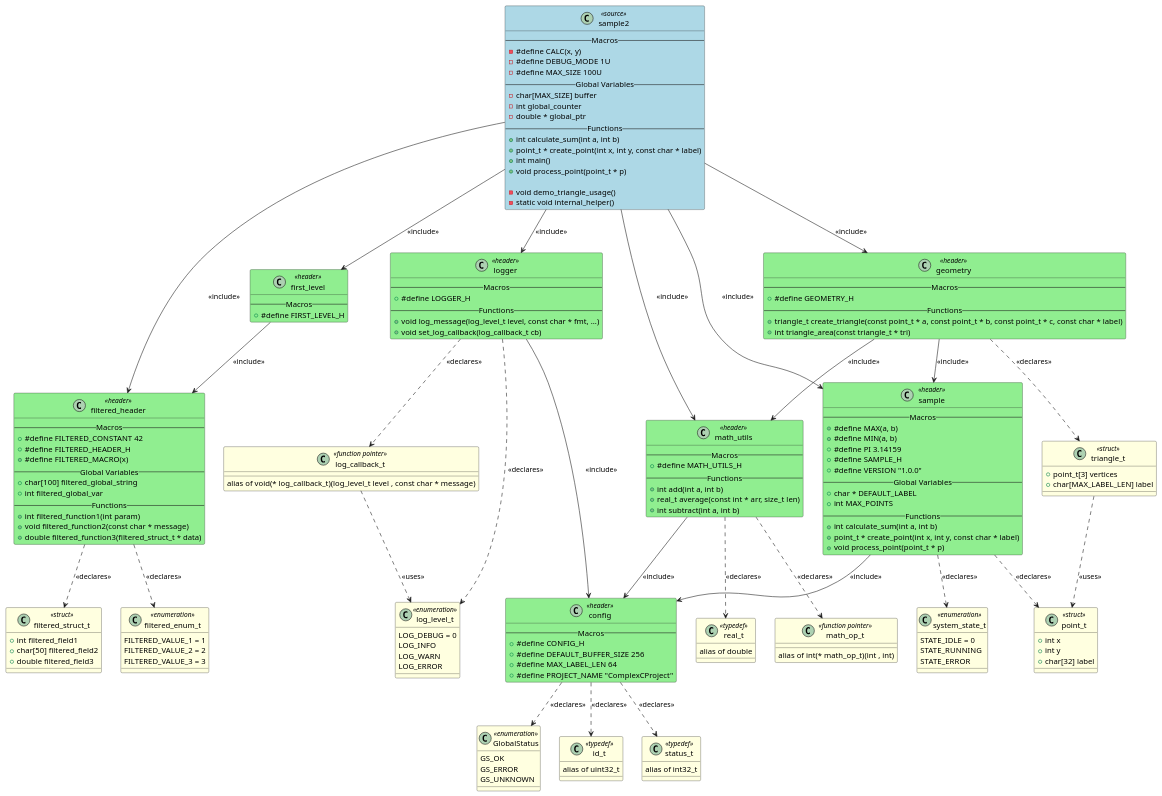
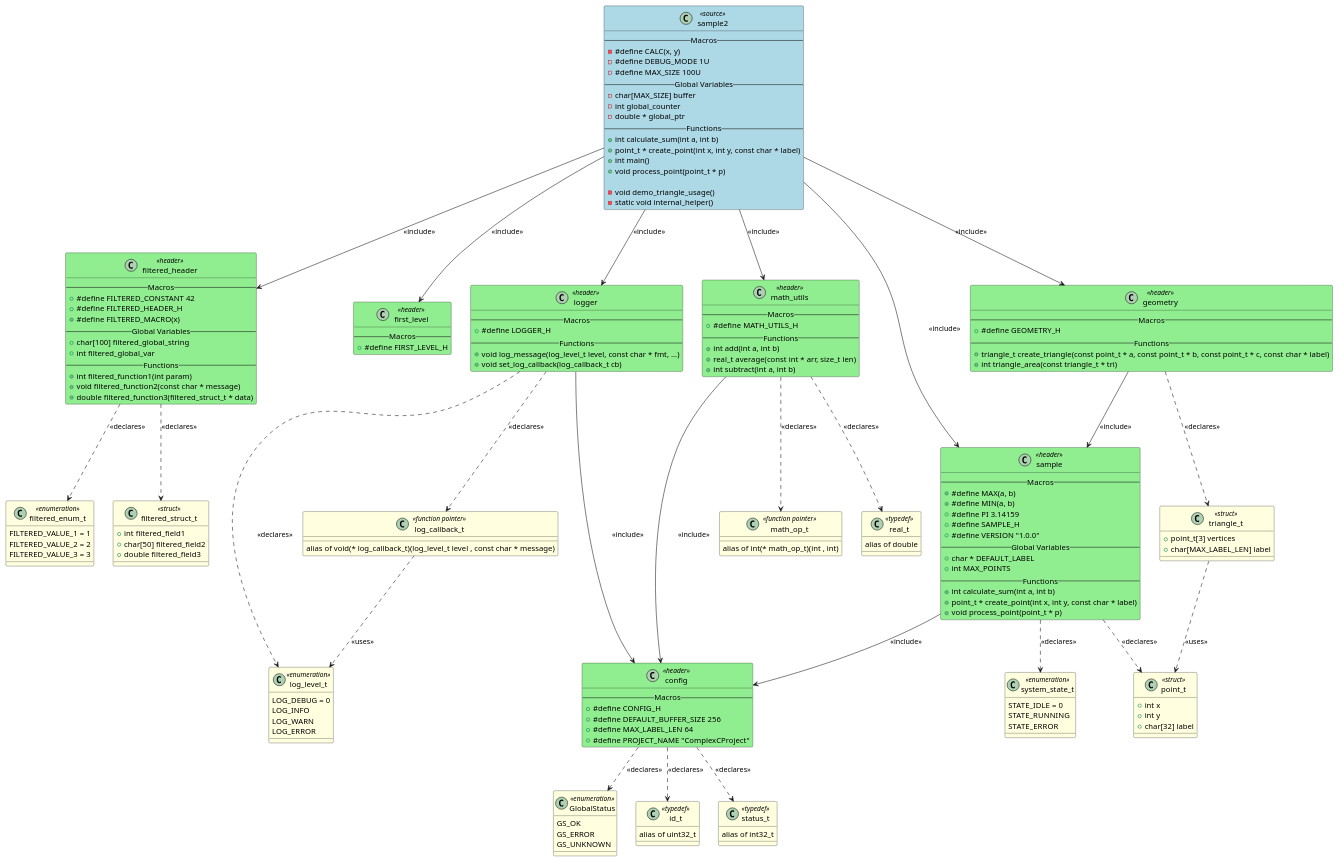
The diagram in artifacts/output_example/sample2.puml (fischerjooo/c2puml), drawn with PlantUML before and after one commit. The commit also changed 8 other files, not shown here.

```diff
--- a/artifacts/output_example/sample2.puml
+++ b/artifacts/output_example/sample2.puml
@@ -171,8 +171,6 @@
 
 
 ' Include relationships
-HEADER_FIRST_LEVEL --> HEADER_FILTERED_HEADER : <<include>>
-HEADER_GEOMETRY --> HEADER_MATH_UTILS : <<include>>
 HEADER_GEOMETRY --> HEADER_SAMPLE : <<include>>
 HEADER_LOGGER --> HEADER_CONFIG : <<include>>
 HEADER_MATH_UTILS --> HEADER_CONFIG : <<include>>
```
